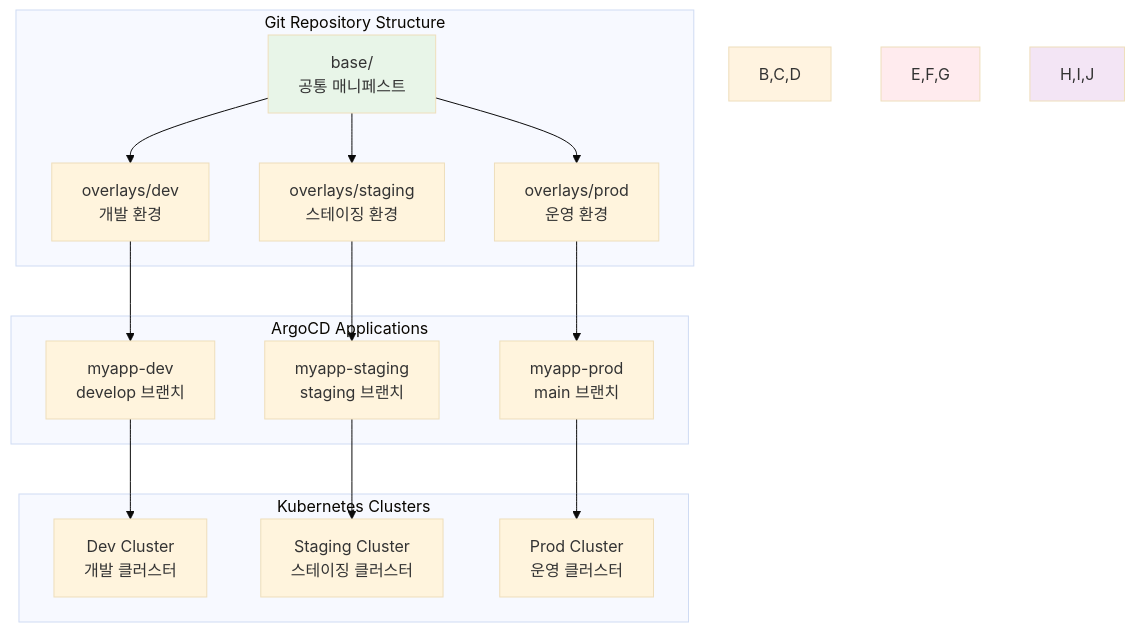
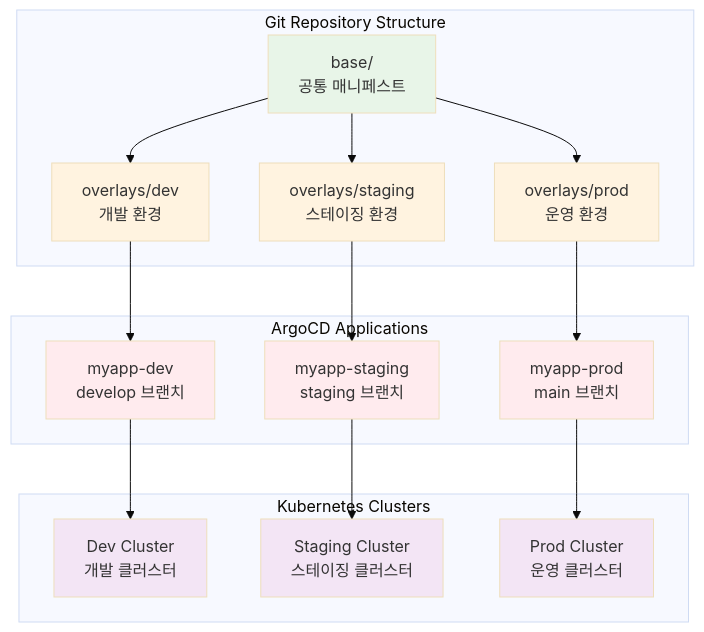
The tenth of 11 diagrams in theory/week_04/day4/session_1.md (niceguy61/kdt_devops_lecture_2025), drawn with Mermaid (base theme) before and after one commit. The commit also changed other lines of this file and 2 other files, not shown here.

Commit message:
mermaid style change

````diff
--- a/theory/week_04/day4/session_1.md
+++ b/theory/week_04/day4/session_1.md
@@ -347,38 +354,44 @@
 ```mermaid
 graph TB
     subgraph "Git Repository Structure"
         A[base/<br/>공통 매니페스트]
         B[overlays/dev<br/>개발 환경]
         C[overlays/staging<br/>스테이징 환경]
         D[overlays/prod<br/>운영 환경]
     end
     
     subgraph "ArgoCD Applications"
         E[myapp-dev<br/>develop 브랜치]
         F[myapp-staging<br/>staging 브랜치]
         G[myapp-prod<br/>main 브랜치]
     end
     
     subgraph "Kubernetes Clusters"
         H[Dev Cluster<br/>개발 클러스터]
         I[Staging Cluster<br/>스테이징 클러스터]
         J[Prod Cluster<br/>운영 클러스터]
     end
     
     A --> B
     A --> C
     A --> D
     
     B --> E
     C --> F
     D --> G
     
     E --> H
     F --> I
     G --> J
     
     style A fill:#e8f5e8
-    style B,C,D fill:#fff3e0
-    style E,F,G fill:#ffebee
-    style H,I,J fill:#f3e5f5
+    style B fill:#fff3e0
+    style C fill:#fff3e0
+    style D fill:#fff3e0
+    style E fill:#ffebee
+    style F fill:#ffebee
+    style G fill:#ffebee
+    style H fill:#f3e5f5
+    style I fill:#f3e5f5
+    style J fill:#f3e5f5
 ```
````
